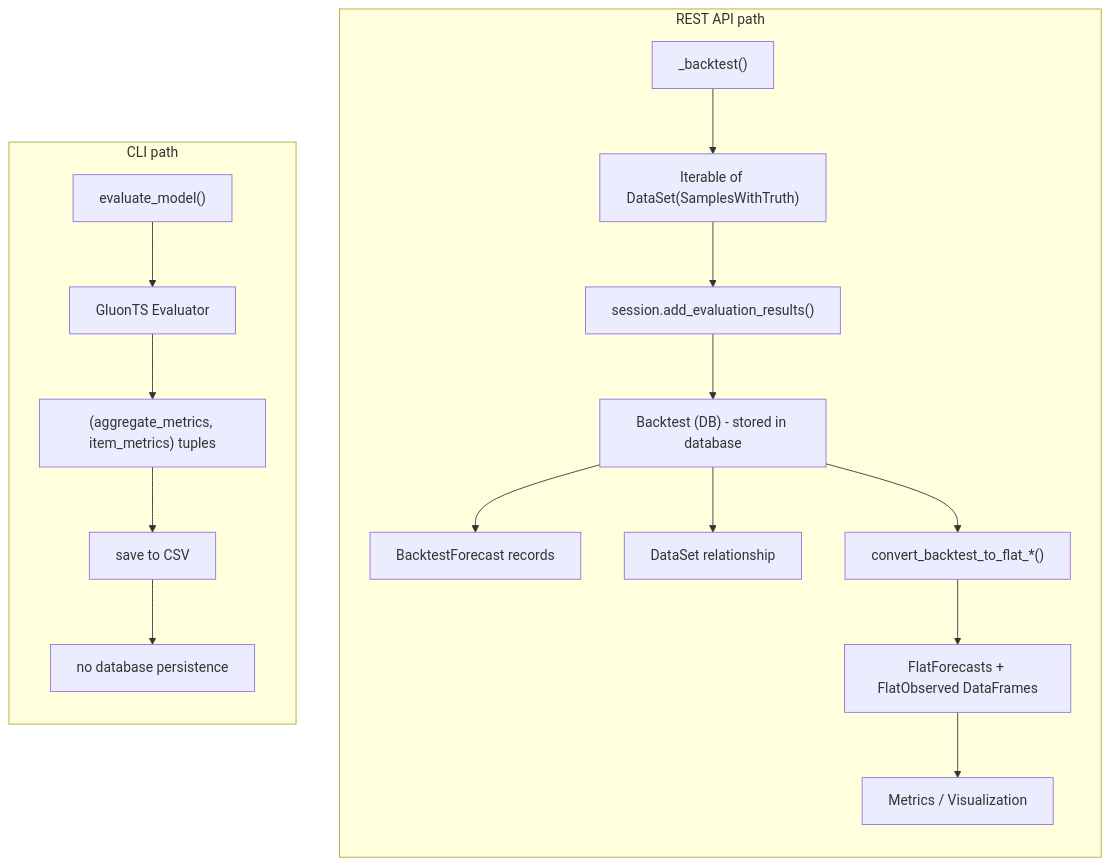
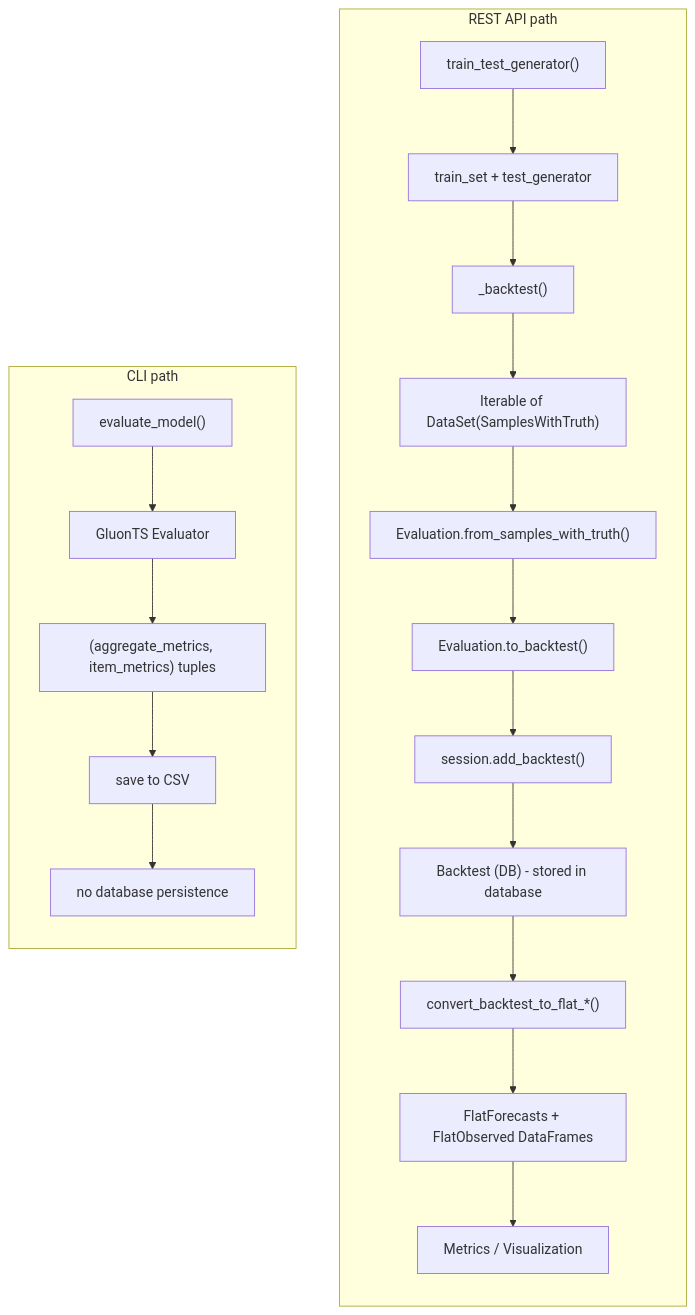
One commit to dhis2-chap/chap-core changed the third of 3 diagrams in docs/contributor/evaluation_abstraction.md. Above: the diagram before and after it, drawn with Mermaid. The commit also changed other lines of this file and 8 other files, not shown here.

First line of the commit message:
moved train-test-generator out of backtest to Evaluation.create (#554)

````diff
--- a/docs/contributor/evaluation_abstraction.md
+++ b/docs/contributor/evaluation_abstraction.md
@@ -198,29 +200,29 @@
 ```mermaid
 flowchart TB
     subgraph REST["REST API path"]
         direction TB
-        A1["_backtest()"]
-        A2["Iterable of DataSet(SamplesWithTruth)"]
-        A3["session.add_evaluation_results()"]
-        A4["Backtest (DB) - stored in database"]
-        A5["BacktestForecast records"]
-        A6["DataSet relationship"]
-        A7["convert_backtest_to_flat_*()"]
-        A8["FlatForecasts + FlatObserved DataFrames"]
-        A9["Metrics / Visualization"]
-        A1 --> A2 --> A3 --> A4
-        A4 --> A5
-        A4 --> A6
-        A4 --> A7 --> A8 --> A9
+        A1["train_test_generator()"]
+        A2["train_set + test_generator"]
+        A3["_backtest()"]
+        A4["Iterable of DataSet(SamplesWithTruth)"]
+        A5["Evaluation.from_samples_with_truth()"]
+        A6["Evaluation.to_backtest()"]
+        A7["session.add_backtest()"]
+        A8["Backtest (DB) - stored in database"]
+        A9["convert_backtest_to_flat_*()"]
+        A10["FlatForecasts + FlatObserved DataFrames"]
+        A11["Metrics / Visualization"]
+        A1 --> A2 --> A3 --> A4 --> A5 --> A6 --> A7 --> A8
+        A8 --> A9 --> A10 --> A11
     end
 
     subgraph CLI["CLI path"]
         direction TB
         B1["evaluate_model()"]
         B2["GluonTS Evaluator"]
         B3["(aggregate_metrics, item_metrics) tuples"]
         B4["save to CSV"]
         B5["no database persistence"]
         B1 --> B2 --> B3 --> B4 --> B5
     end
 ```
````
